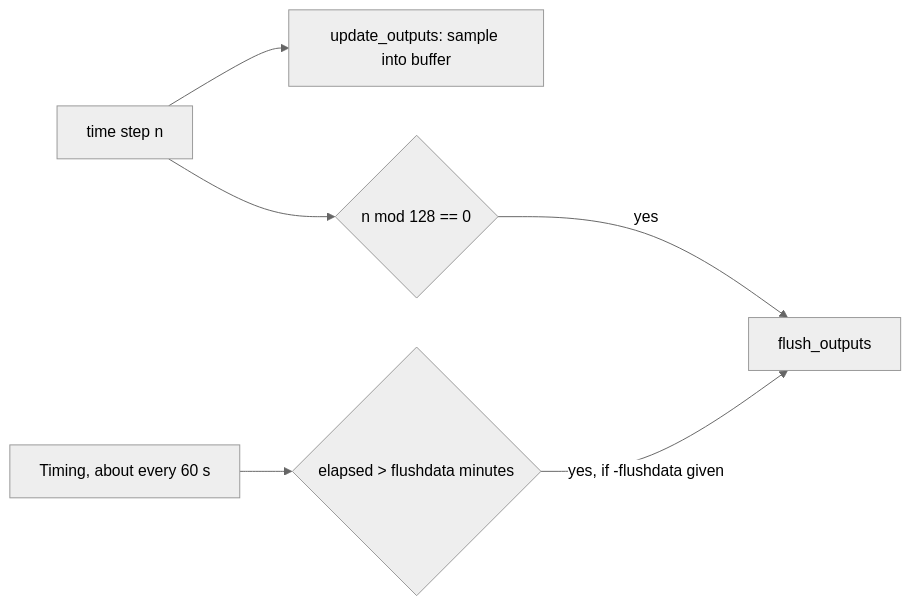
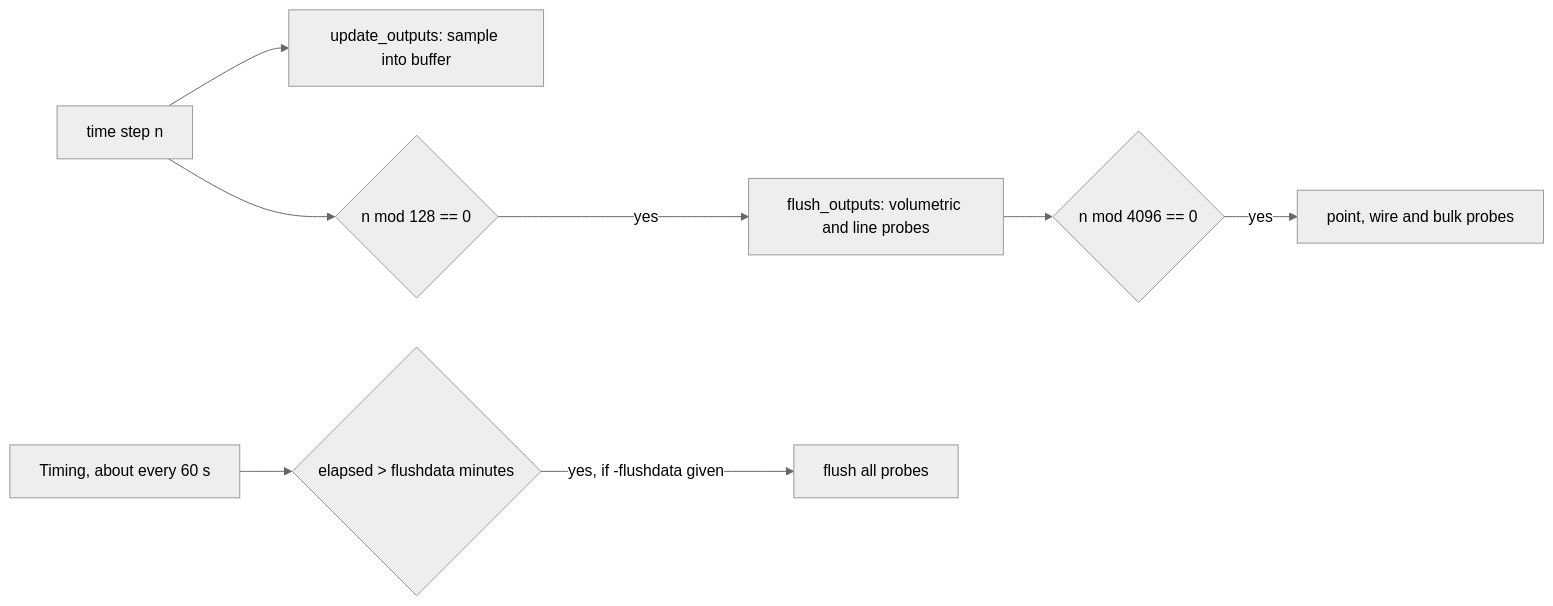
The first of 2 diagrams in doc/init_timing.md (OpenSEMBA/fdtd), drawn with Mermaid (neutral theme) before and after one commit. The commit also changed other lines of this file and 10 other files, not shown here.

Commit message:
FDTD | perf | ELEMDEV-80 | Flush small probes every 4096 steps

````diff
--- a/doc/init_timing.md
+++ b/doc/init_timing.md
@@ -54,8 +54,10 @@
 ```mermaid
 flowchart LR
   S[time step n] --> U[update_outputs: sample into buffer]
   S --> M{n mod 128 == 0}
-  M -->|yes| F[flush_outputs]
+  M -->|yes| F[flush_outputs: volumetric and line probes]
+  F --> SP{n mod 4096 == 0}
+  SP -->|yes| PP[point, wire and bulk probes]
   T[Timing, about every 60 s] --> D{elapsed > flushdata minutes}
-  D -->|yes, if -flushdata given| F
+  D -->|yes, if -flushdata given| ALL[flush all probes]
 ```
````
